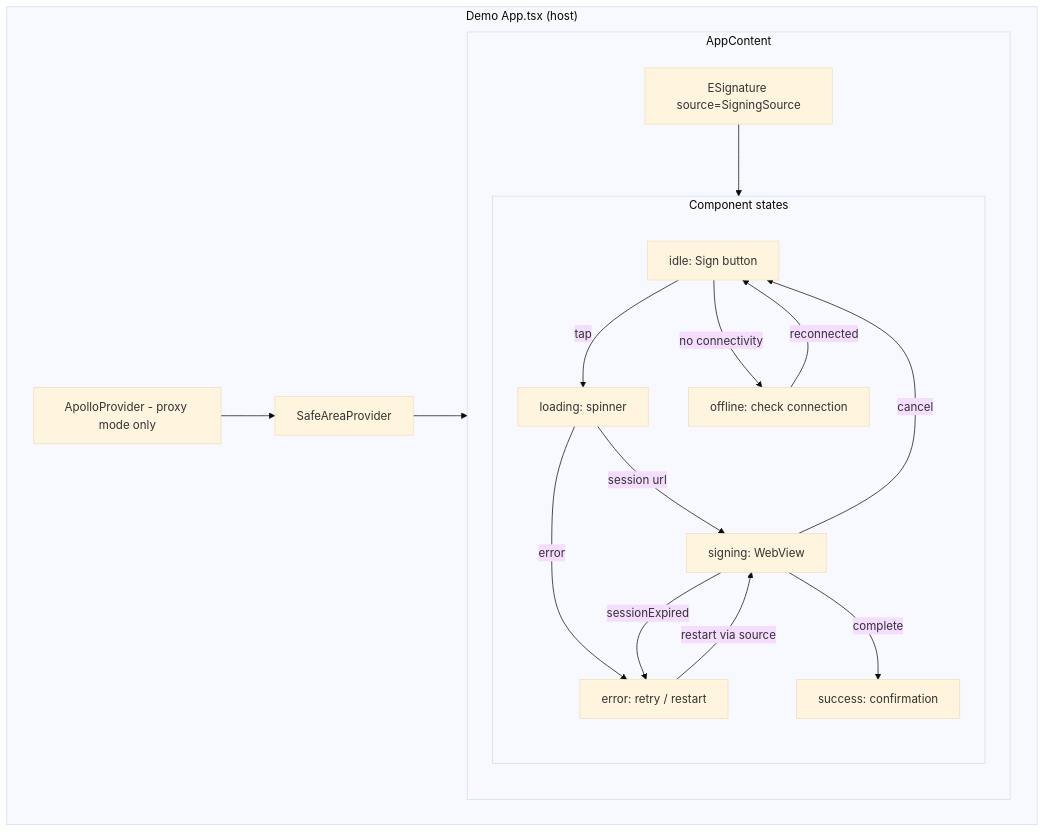
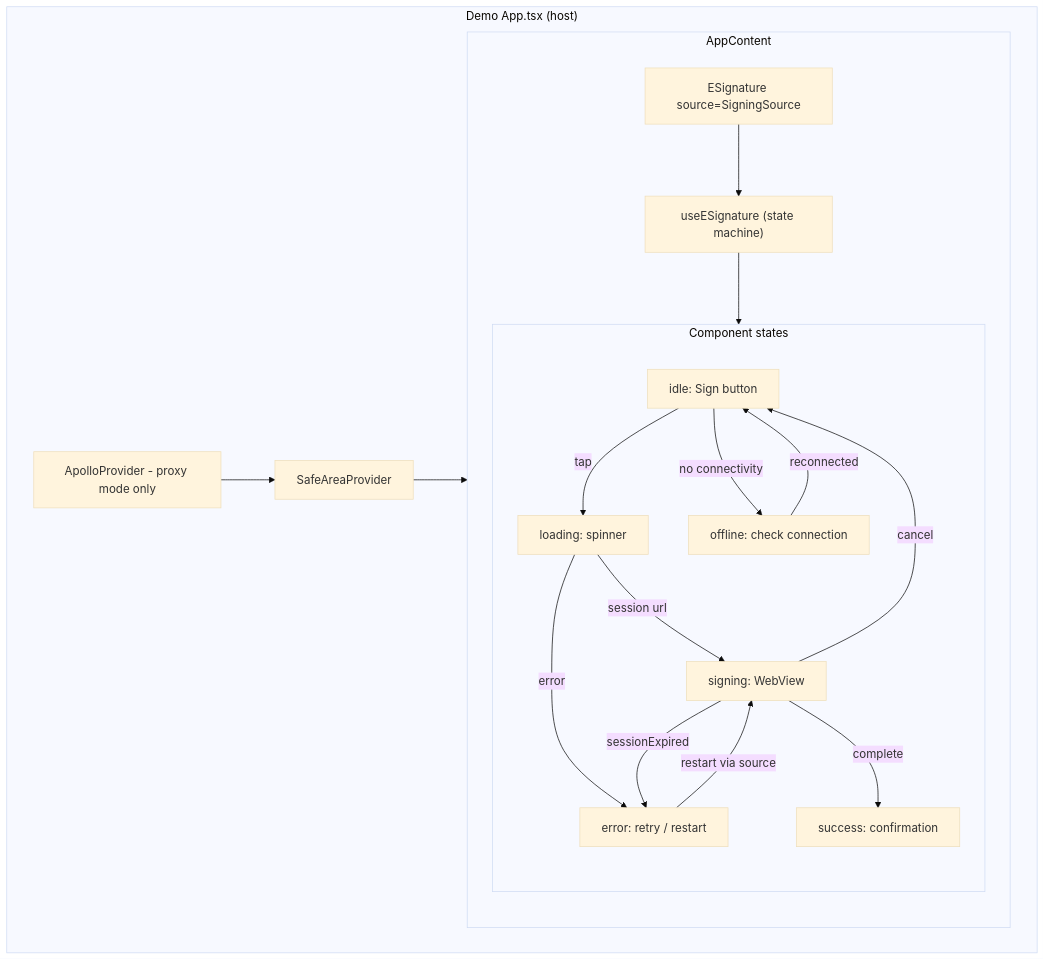
One commit to blinkbitcoin/esign changed the diagram in docs/diagrams/src/component-hierarchy.mmd. Above: the diagram before and after it, drawn with Mermaid (base theme). The commit also changed 50 other files, not shown here.

First line of the commit message:
feat: headless useESignature hook and ESignature theming for RN and web (#60)

```diff
--- a/docs/diagrams/src/component-hierarchy.mmd
+++ b/docs/diagrams/src/component-hierarchy.mmd
@@ -1,32 +1,34 @@
 flowchart TB
     subgraph App["Demo App.tsx (host)"]
         AP[ApolloProvider - proxy mode only]
         SAP[SafeAreaProvider]
 
         subgraph Content["AppContent"]
             ES[ESignature source=SigningSource]
+            HOOK["useESignature (state machine)"]
 
             subgraph States["Component states"]
                 IDLE[idle: Sign button]
                 LOAD[loading: spinner]
                 SIGNING[signing: WebView]
                 SUCCESS[success: confirmation]
                 ERR[error: retry / restart]
                 OFF[offline: check connection]
             end
         end
     end
 
     AP --> SAP
     SAP --> Content
-    ES --> States
+    ES --> HOOK
+    HOOK --> States
 
     IDLE -->|tap| LOAD
     IDLE -->|no connectivity| OFF
     OFF -->|reconnected| IDLE
     LOAD -->|session url| SIGNING
     LOAD -->|error| ERR
     SIGNING -->|complete| SUCCESS
     SIGNING -->|cancel| IDLE
     SIGNING -->|sessionExpired| ERR
     ERR -->|restart via source| SIGNING
```
